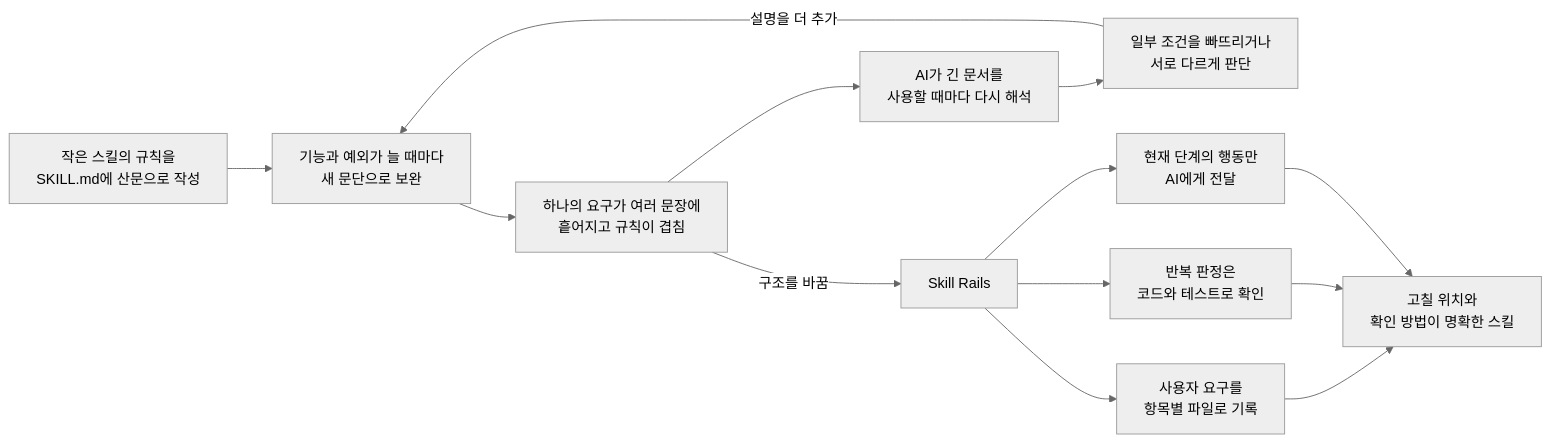
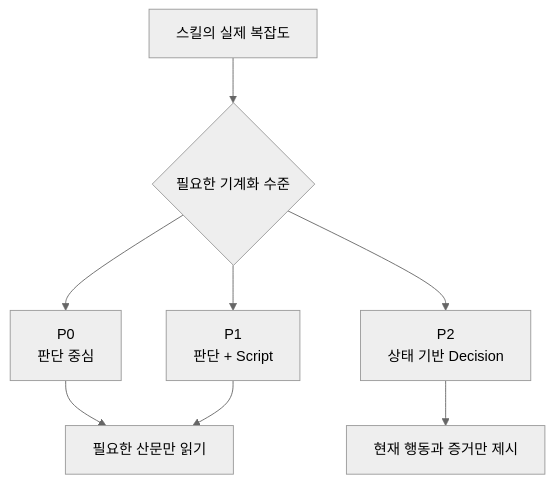
One commit to nanomia-ai/skill-rails changed the fourth of 6 diagrams in README.ko.md. Above: the diagram before and after it, drawn with Mermaid (neutral theme). The commit also changed other lines of this file and 1 other file, not shown here.

````diff
--- a/README.ko.md
+++ b/README.ko.md
@@ -21,15 +57,10 @@
 ```mermaid
-flowchart LR
-    A["작은 스킬의 규칙을<br/>SKILL.md에 산문으로 작성"] --> B["기능과 예외가 늘 때마다<br/>새 문단으로 보완"]
-    B --> C["하나의 요구가 여러 문장에<br/>흩어지고 규칙이 겹침"]
-    C --> D["AI가 긴 문서를<br/>사용할 때마다 다시 해석"]
-    D --> E["일부 조건을 빠뜨리거나<br/>서로 다르게 판단"]
-    E -->|설명을 더 추가| B
-    C -->|구조를 바꿈| F["Skill Rails"]
-    F --> G["사용자 요구를<br/>항목별 파일로 기록"]
-    F --> H["반복 판정은<br/>코드와 테스트로 확인"]
-    F --> I["현재 단계의 행동만<br/>AI에게 전달"]
-    G --> J["고칠 위치와<br/>확인 방법이 명확한 스킬"]
-    H --> J
-    I --> J
+flowchart TD
+    A["스킬의 실제 복잡도"] --> B{"필요한 기계화 수준"}
+    B --> C["P0<br/>판단 중심"]
+    B --> D["P1<br/>판단 + Script"]
+    B --> E["P2<br/>상태 기반 Decision"]
+    C --> F["필요한 산문만 읽기"]
+    D --> F
+    E --> G["현재 행동과 증거만 제시"]
 ```
````
